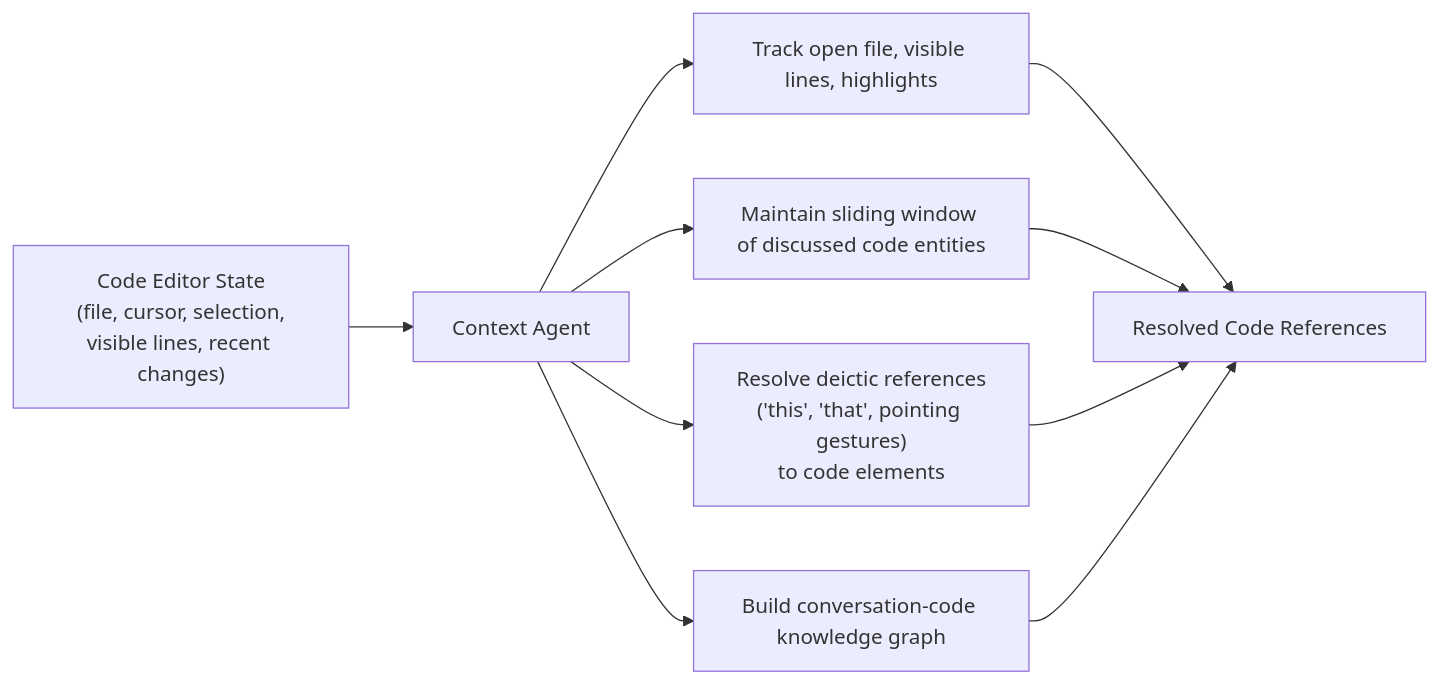
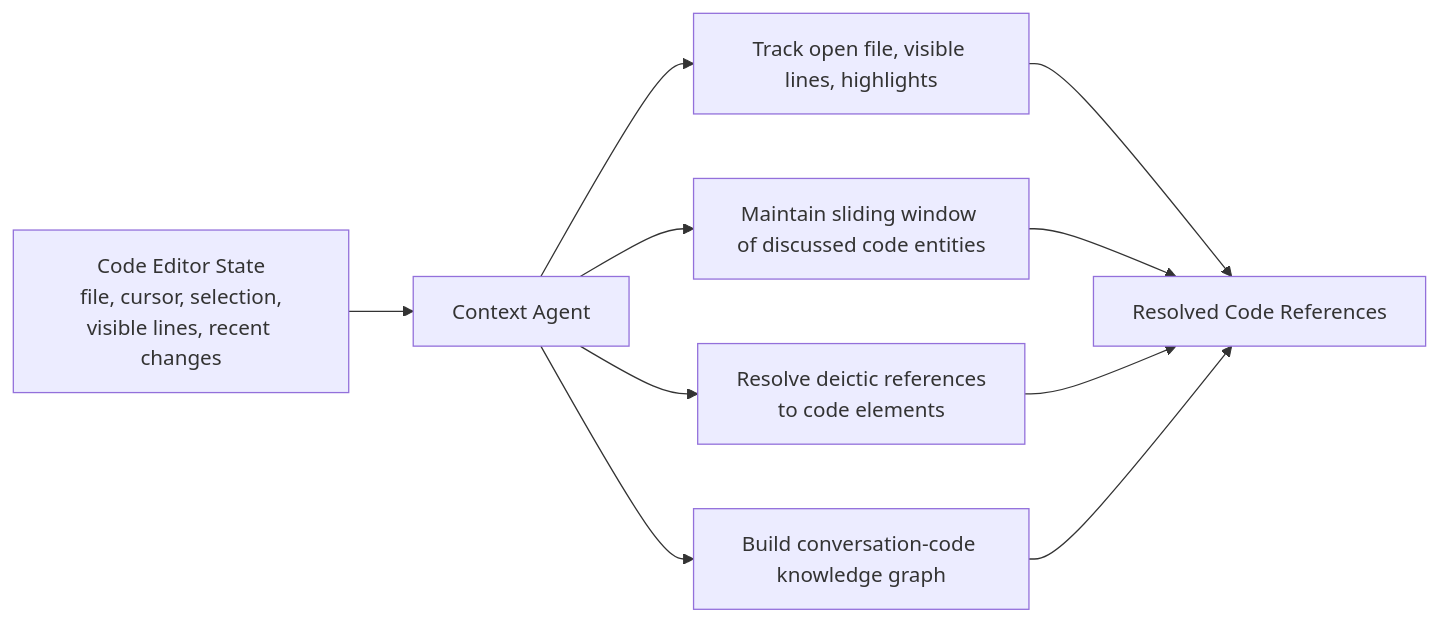
One commit to IndarKarhana/gemini-codebridge changed the fifth of 13 diagrams in docs/ARCHITECTURE.md. Above: the diagram before and after it, drawn with Mermaid. The commit also changed other lines of this file and 5 other files, not shown here.

First line of the commit message:
fix: repair mermaid diagrams and remove .cursor directory

````diff
--- a/docs/ARCHITECTURE.md
+++ b/docs/ARCHITECTURE.md
@@ -362,9 +362,9 @@
 ```mermaid
 flowchart LR
-    A["Code Editor State\n(file, cursor, selection,\nvisible lines, recent changes)"] --> B["Context Agent"]
+    A["Code Editor State<br/>file, cursor, selection,<br/>visible lines, recent changes"] --> B["Context Agent"]
     B --> B1["Track open file, visible lines, highlights"]
     B --> B2["Maintain sliding window of discussed code entities"]
-    B --> B3["Resolve deictic references\n('this', 'that', pointing gestures)\nto code elements"]
+    B --> B3["Resolve deictic references<br/>to code elements"]
     B --> B4["Build conversation-code knowledge graph"]
     B1 & B2 & B3 & B4 --> C["Resolved Code References"]
 ```
````
